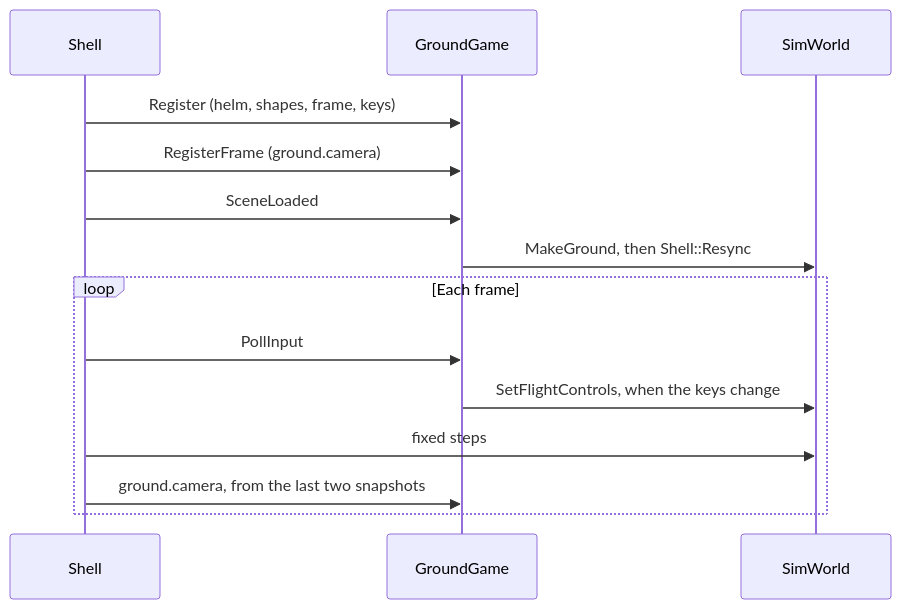
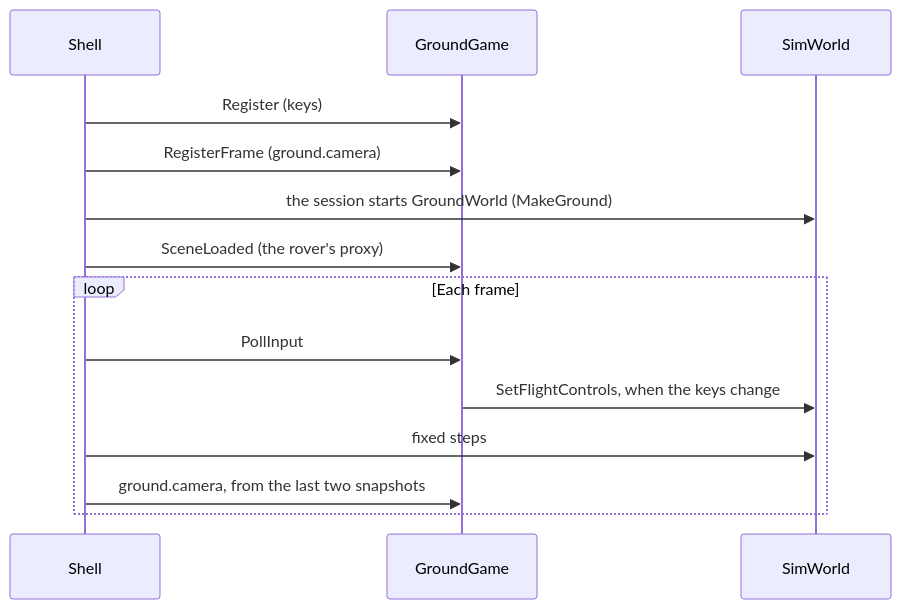
The second of 2 diagrams in docs/guide.md (ivanhawkes/jettison), drawn with Mermaid before and after one commit. The commit also changed other lines of this file and 24 other files, not shown here.

````diff
--- a/docs/guide.md
+++ b/docs/guide.md
@@ -321,16 +350,16 @@
 ```mermaid
 sequenceDiagram
     participant Shell
     participant Game as GroundGame
     participant World as SimWorld
-    Shell->>Game: Register (helm, shapes, frame, keys)
+    Shell->>Game: Register (keys)
     Shell->>Game: RegisterFrame (ground.camera)
-    Shell->>Game: SceneLoaded
-    Game->>World: MakeGround, then Shell::Resync
+    Shell->>World: the session starts GroundWorld (MakeGround)
+    Shell->>Game: SceneLoaded (the rover's proxy)
     loop Each frame
         Shell->>Game: PollInput
         Game->>World: SetFlightControls, when the keys change
         Shell->>World: fixed steps
         Shell->>Game: ground.camera, from the last two snapshots
     end
 ```
````
